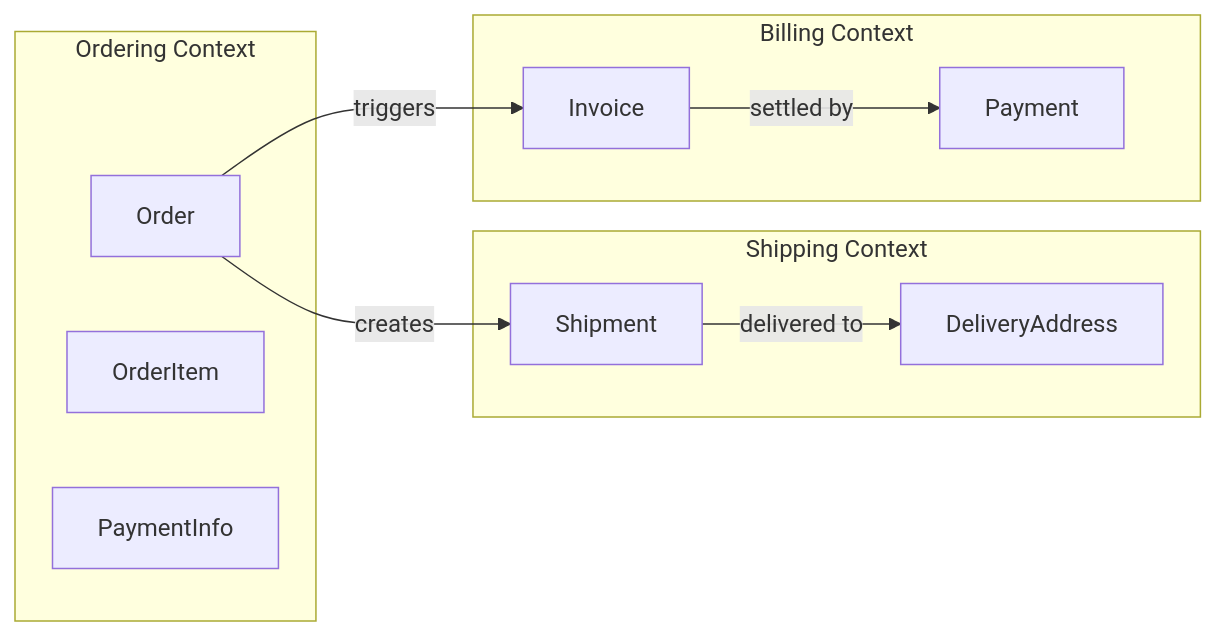
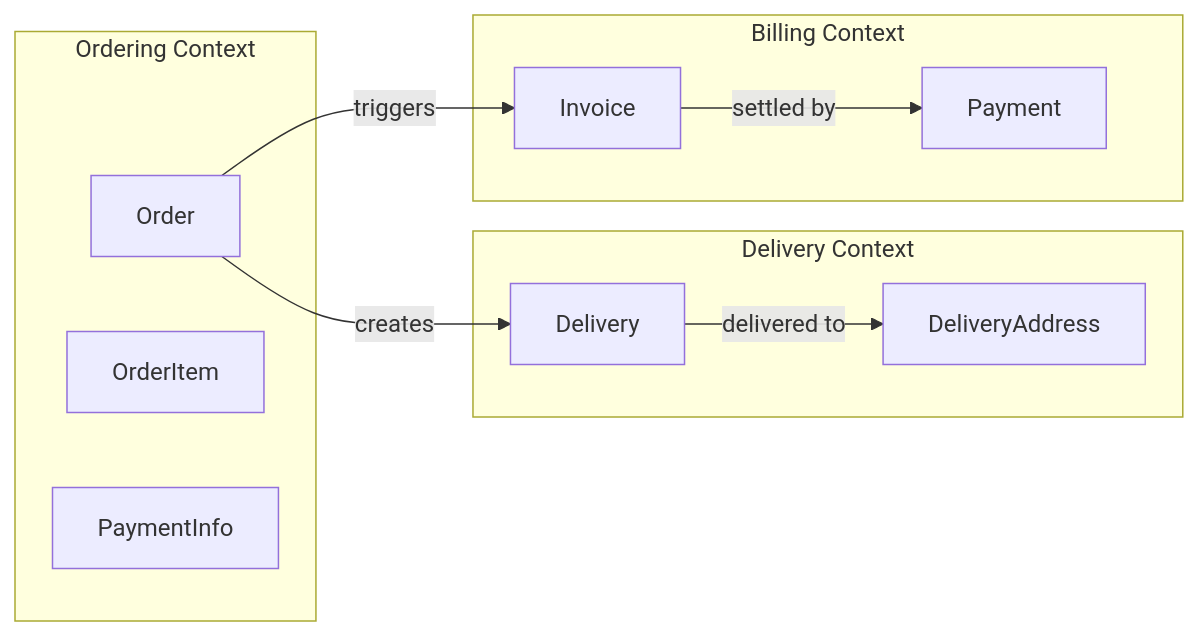
The first of 2 diagrams in docs/01.ddd-concepts.md (coli-bear/ddd), drawn with Mermaid before and after one commit. The commit also changed other lines of this file and 25 other files, not shown here.

````diff
--- a/docs/01.ddd-concepts.md
+++ b/docs/01.ddd-concepts.md
@@ -39,23 +41,23 @@
 ```mermaid
 flowchart LR
     subgraph Ordering [Ordering Context]
         O1[Order]
         O2[OrderItem]
         O3[PaymentInfo]
     end
 
-    subgraph Shipping [Shipping Context]
-        S1[Shipment]
+    subgraph Shipping [Delivery Context]
+        S1[Delivery]
         S2[DeliveryAddress]
     end
 
     subgraph Billing [Billing Context]
         B1[Invoice]
         B2[Payment]
     end
 
     O1 -- creates --> S1
     O1 -- triggers --> B1
     B1 -- settled by --> B2
     S1 -- delivered to --> S2
 ```
````
